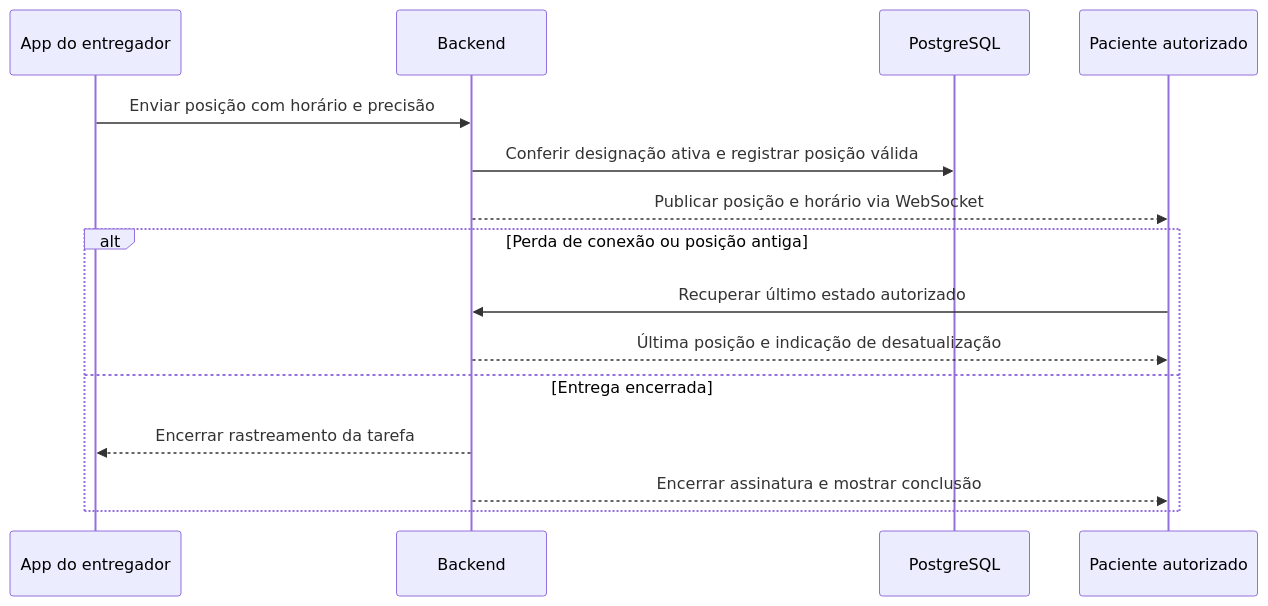
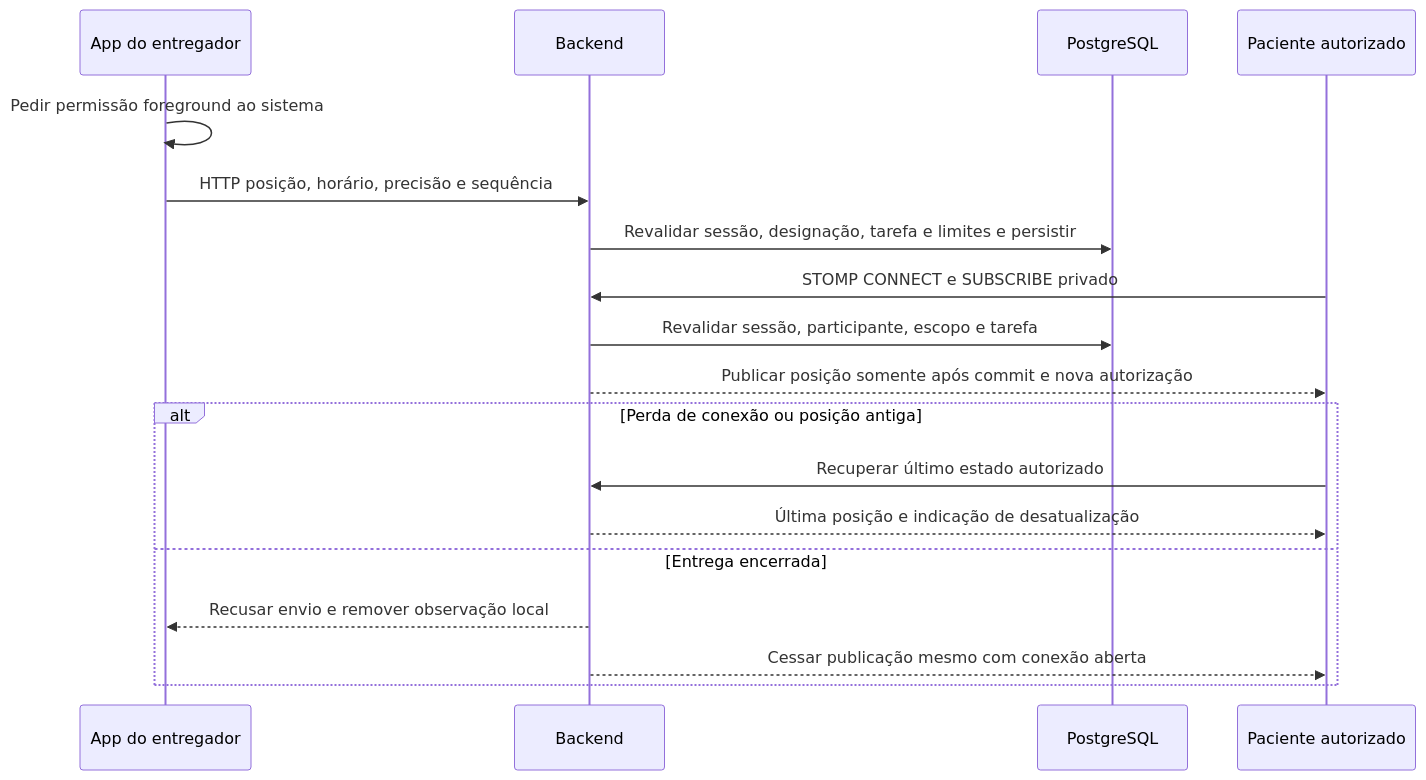
Diagram 11 of 16 in docs/DIAGRAMAS.md (Kayquebrigadeiro/Exameperto), drawn with Mermaid before and after one commit. The commit also changed other lines of this file and 28 other files, not shown here.

Commit message:
feat: implementa rastreamento autorizado de tarefa

````diff
--- a/docs/DIAGRAMAS.md
+++ b/docs/DIAGRAMAS.md
@@ -275,17 +275,20 @@
 ```mermaid
 sequenceDiagram
   participant M as App do entregador
   participant B as Backend
   participant D as PostgreSQL
   participant C as Paciente autorizado
-  M->>B: Enviar posição com horário e precisão
-  B->>D: Conferir designação ativa e registrar posição válida
-  B-->>C: Publicar posição e horário via WebSocket
+  M->>M: Pedir permissão foreground ao sistema
+  M->>B: HTTP posição, horário, precisão e sequência
+  B->>D: Revalidar sessão, designação, tarefa e limites e persistir
+  C->>B: STOMP CONNECT e SUBSCRIBE privado
+  B->>D: Revalidar sessão, participante, escopo e tarefa
+  B-->>C: Publicar posição somente após commit e nova autorização
   alt Perda de conexão ou posição antiga
     C->>B: Recuperar último estado autorizado
     B-->>C: Última posição e indicação de desatualização
   else Entrega encerrada
-    B-->>M: Encerrar rastreamento da tarefa
-    B-->>C: Encerrar assinatura e mostrar conclusão
+    B-->>M: Recusar envio e remover observação local
+    B-->>C: Cessar publicação mesmo com conexão aberta
   end
 ```
````
